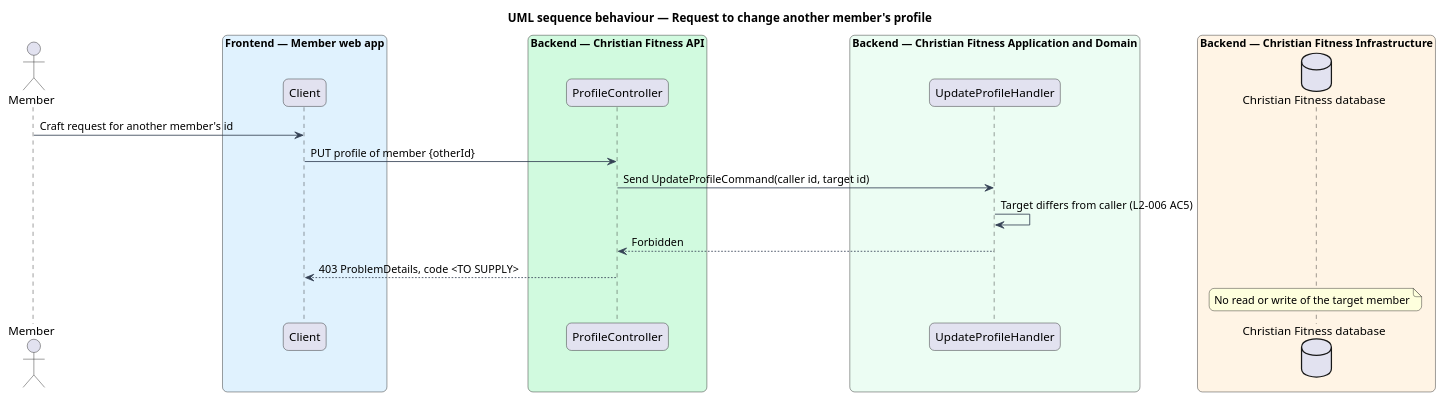
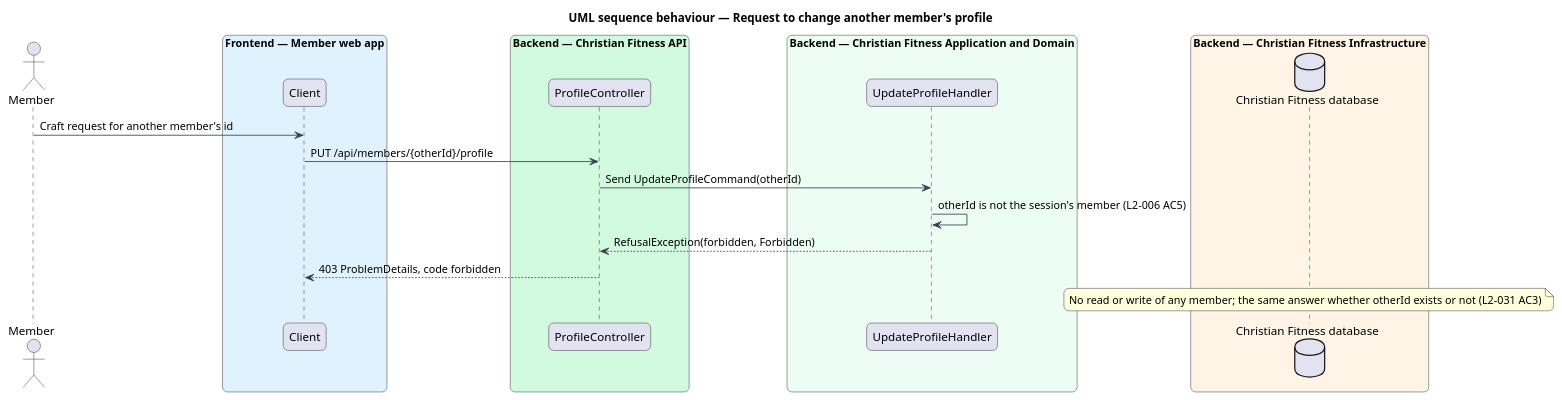
The diagram in docs/detailed-designs/member-profile/edit-profile/diagrams/sequence-refuse-other-member.puml (QuinntyneBrown/christian-fitness), drawn with PlantUML before and after one commit. The commit also changed 92 other files, not shown here.

```diff
--- a/docs/detailed-designs/member-profile/edit-profile/diagrams/sequence-refuse-other-member.puml
+++ b/docs/detailed-designs/member-profile/edit-profile/diagrams/sequence-refuse-other-member.puml
@@ -1,37 +1,37 @@
 @startuml
 title UML sequence behaviour — Request to change another member's profile
 skinparam backgroundColor #FFFFFF
 skinparam shadowing false
 skinparam roundcorner 12
 skinparam defaultFontName Arial
 skinparam ArrowColor #344054
 skinparam rectangle {
   BorderColor #344054
   FontColor #101828
 }
 skinparam package {
   BorderColor #667085
   FontColor #101828
   BackgroundColor #F9FAFB
 }
 actor "Member" as actor
 box "Frontend — Member web app" #E0F2FE
   participant "Client" as client
 end box
 box "Backend — Christian Fitness API" #D1FADF
   participant "ProfileController" as ctrl
 end box
 box "Backend — Christian Fitness Application and Domain" #ECFDF3
   participant "UpdateProfileHandler" as h
 end box
 box "Backend — Christian Fitness Infrastructure" #FFF4E5
   database "Christian Fitness database" as db
 end box
 actor -> client : Craft request for another member's id
-client -> ctrl : PUT profile of member {otherId}
-ctrl -> h : Send UpdateProfileCommand(caller id, target id)
-h -> h : Target differs from caller (L2-006 AC5)
-h --> ctrl : Forbidden
-ctrl --> client : 403 ProblemDetails, code <TO SUPPLY>
-note over db : No read or write of the target member
+client -> ctrl : PUT /api/members/{otherId}/profile
+ctrl -> h : Send UpdateProfileCommand(otherId)
+h -> h : otherId is not the session's member (L2-006 AC5)
+h --> ctrl : RefusalException(forbidden, Forbidden)
+ctrl --> client : 403 ProblemDetails, code forbidden
+note over db : No read or write of any member; the same answer whether otherId exists or not (L2-031 AC3)
 @enduml
```
